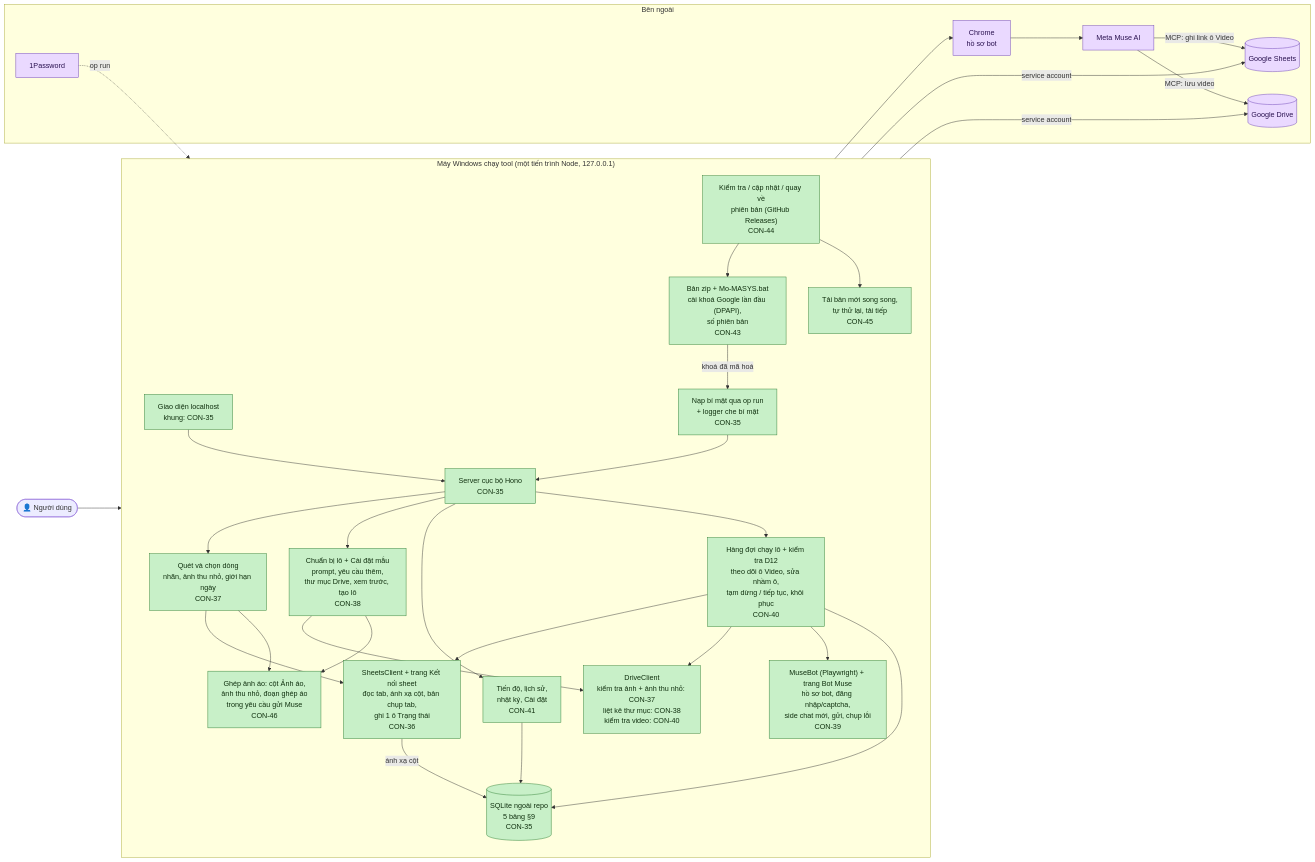
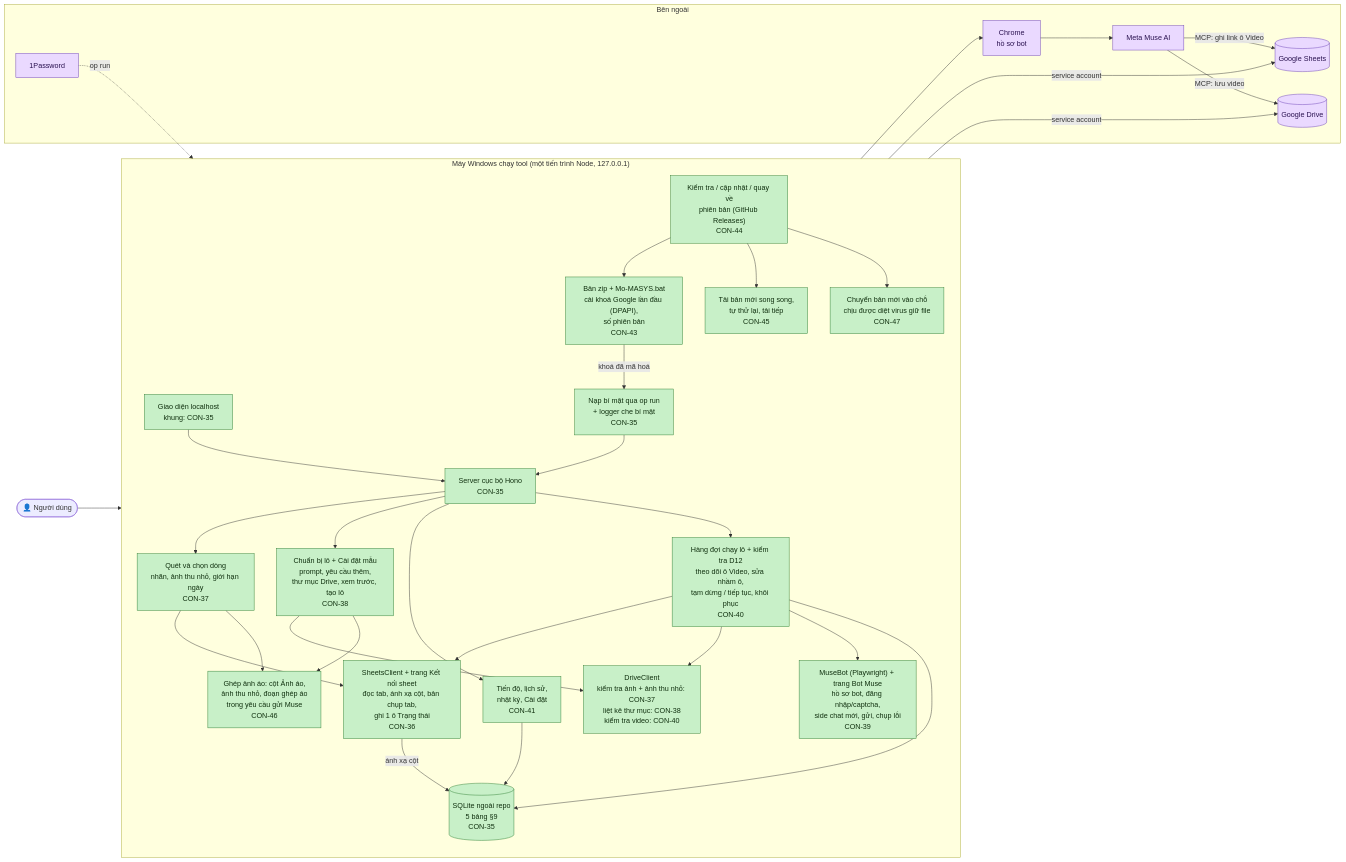
The diagram in TIEN-DO.md (Bach1711/MASYS-VIDEO-GENERATOR), drawn with Mermaid before and after one commit. The commit also changed other lines of this file and 10 other files, not shown here.

First line of the commit message:
CON-47: v1.1.1 — cập nhật chịu được phần mềm diệt virus giữ file (#15)

````diff
--- a/TIEN-DO.md
+++ b/TIEN-DO.md
@@ -17,70 +17,73 @@
 ```mermaid
 flowchart LR
     user(["👤 Người dùng"])
 
     subgraph PC["Máy Windows chạy tool (một tiến trình Node, 127.0.0.1)"]
         direction TB
         ui["Giao diện localhost<br/>khung: CON-35"]
         server["Server cục bộ Hono<br/>CON-35"]
         secrets["Nạp bí mật qua op run<br/>+ logger che bí mật<br/>CON-35"]
         db[("SQLite ngoài repo<br/>5 bảng §9<br/>CON-35")]
 
         sheet["SheetsClient + trang Kết nối sheet<br/>đọc tab, ánh xạ cột, bản chụp tab,<br/>ghi 1 ô Trạng thái<br/>CON-36"]
         scan["Quét và chọn dòng<br/>nhãn, ảnh thu nhỏ, giới hạn ngày<br/>CON-37"]
         editor["Chuẩn bị lô + Cài đặt mẫu<br/>prompt, yêu cầu thêm,<br/>thư mục Drive, xem trước, tạo lô<br/>CON-38"]
         bot["MuseBot (Playwright) + trang Bot Muse<br/>hồ sơ bot, đăng nhập/captcha,<br/>side chat mới, gửi, chụp lỗi<br/>CON-39"]
         queue["Hàng đợi chạy lô + kiểm tra D12<br/>theo dõi ô Video, sửa nhầm ô,<br/>tạm dừng / tiếp tục, khôi phục<br/>CON-40"]
         drive["DriveClient<br/>kiểm tra ảnh + ảnh thu nhỏ: CON-37<br/>liệt kê thư mục: CON-38<br/>kiểm tra video: CON-40"]
         progress["Tiến độ, lịch sử,<br/>nhật ký, Cài đặt<br/>CON-41"]
         pack["Bản zip + Mo-MASYS.bat<br/>cài khoá Google lần đầu (DPAPI),<br/>số phiên bản<br/>CON-43"]
         update["Kiểm tra / cập nhật / quay về<br/>phiên bản (GitHub Releases)<br/>CON-44"]
         download["Tải bản mới song song,<br/>tự thử lại, tải tiếp<br/>CON-45"]
+        placing["Chuyển bản mới vào chỗ<br/>chịu được diệt virus giữ file<br/>CON-47"]
         shirt["Ghép ảnh áo: cột Ảnh áo,<br/>ảnh thu nhỏ, đoạn ghép áo<br/>trong yêu cầu gửi Muse<br/>CON-46"]
     end
 
     subgraph EXT["Bên ngoài"]
         gsheets[("Google Sheets")]
         gdrive[("Google Drive")]
         chrome["Chrome<br/>hồ sơ bot"]
         muse["Meta Muse AI"]
         op["1Password"]
     end
 
     user --> ui --> server
     server --> scan & editor & progress
     scan --> sheet
     editor --> drive
     server --> queue
     queue --> sheet & drive & bot
     queue --> db
     progress --> db
     sheet -- "ánh xạ cột" --> db
     sheet -- "service account" --> gsheets
     drive -- "service account" --> gdrive
     bot --> chrome --> muse
     muse -- "MCP: lưu video" --> gdrive
     muse -- "MCP: ghi link ô Video" --> gsheets
     op -. "op run" .-> secrets --> server
     pack -- "khoá đã mã hoá" --> secrets
     update --> pack
     update --> download
+    update --> placing
     scan --> shirt
     editor --> shirt
 
     classDef done fill:#c8f0c8,stroke:#2e7d32,color:#10300f
     classDef review fill:#cfe3ff,stroke:#1f5fbf,color:#0c2550
     classDef doing fill:#fff1b8,stroke:#b38600,color:#3d2e00
     classDef todo fill:#eeeeee,stroke:#9e9e9e,color:#333333
     classDef ext fill:#ead9ff,stroke:#6a3fb5,color:#2a1250
 
     class ui,server,secrets,db,sheet,scan,editor done
     class drive done
     class bot done
     class queue done
     class progress done
     class pack done
     class update done
     class download done
     class shirt done
+    class placing done
     class gsheets,gdrive,chrome,muse,op ext
 ```
````
